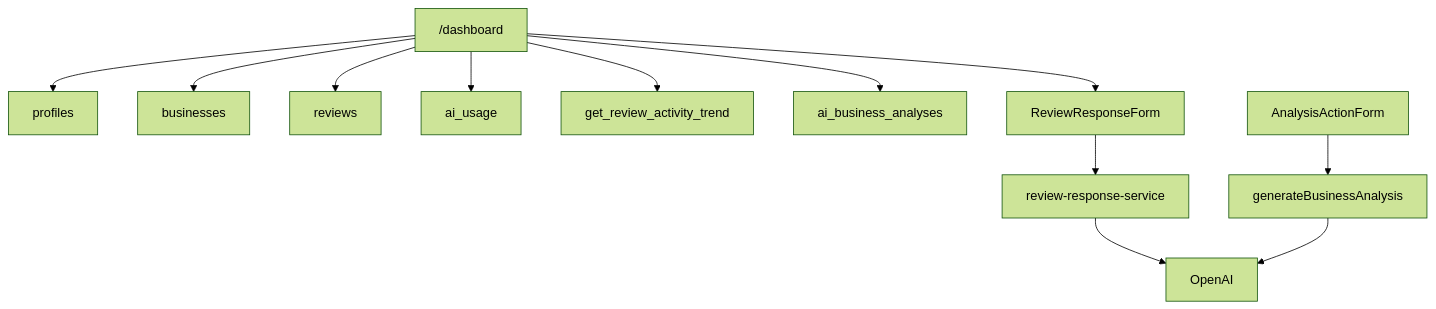
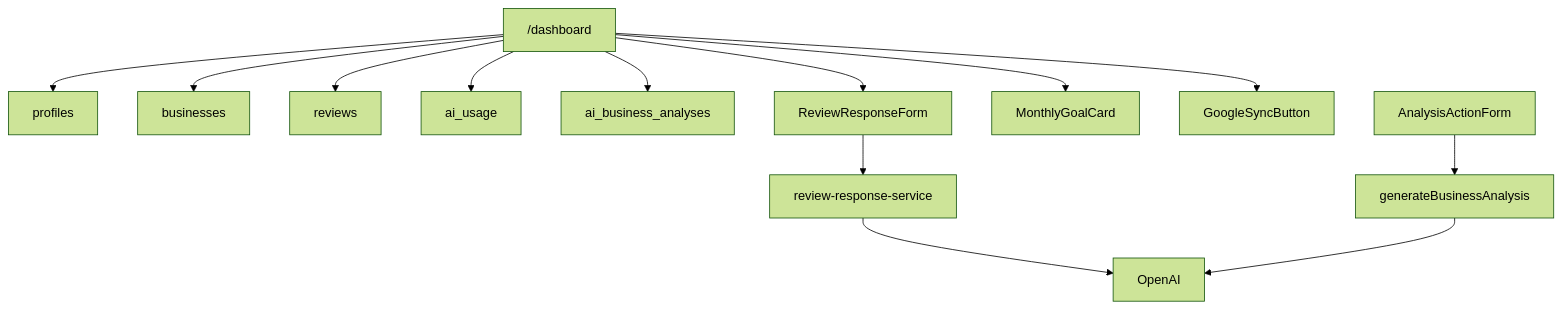
One commit to FabianDziekan/Nuvorate changed the diagram in docs/obsidian/Dashboard/Dashboard MVP.md. Above: the diagram before and after it, drawn with Mermaid (forest theme). The commit also changed other lines of this file and 50 other files, not shown here.

````diff
--- a/docs/obsidian/Dashboard/Dashboard MVP.md
+++ b/docs/obsidian/Dashboard/Dashboard MVP.md
@@ -143,14 +162,15 @@
 ```mermaid
 flowchart TD
   Dashboard["/dashboard"] --> Profiles["profiles"]
   Dashboard --> Businesses["businesses"]
   Dashboard --> Reviews["reviews"]
   Dashboard --> Usage["ai_usage"]
-  Dashboard --> TrendRpc["get_review_activity_trend"]
   Dashboard --> Analyses["ai_business_analyses"]
   Dashboard --> ResponseForm["ReviewResponseForm"]
+  Dashboard --> MonthlyGoal["MonthlyGoalCard"]
+  Dashboard --> GoogleSync["GoogleSyncButton"]
   ResponseForm --> ResponseService["review-response-service"]
   AnalysisForm["AnalysisActionForm"] --> GenerateAnalysis["generateBusinessAnalysis"]
   ResponseService --> OpenAI["OpenAI"]
   GenerateAnalysis --> OpenAI
 ```
````
